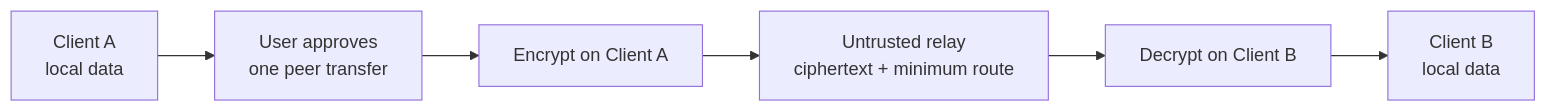
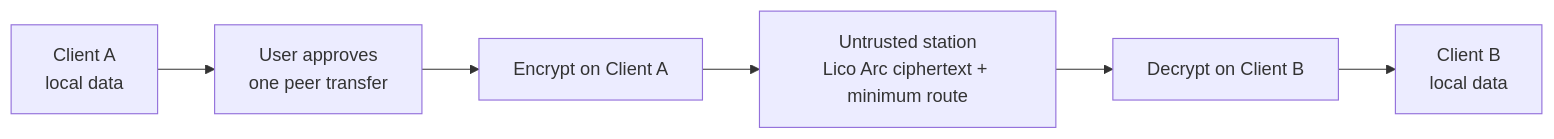
The diagram in README.md (LicoLand/LicoUp), drawn with Mermaid before and after one commit. The commit also changed other lines of this file and 1363 other files, not shown here.

````diff
--- a/README.md
+++ b/README.md
@@ -75,8 +94,8 @@
 ```mermaid
 flowchart LR
     A["Client A<br/>local data"] --> B["User approves<br/>one peer transfer"]
     B --> C["Encrypt on Client A"]
-    C --> D["Untrusted relay<br/>ciphertext + minimum route"]
+    C --> D["Untrusted station<br/>Lico Arc ciphertext + minimum route"]
     D --> E["Decrypt on Client B"]
     E --> F["Client B<br/>local data"]
 ```
````
